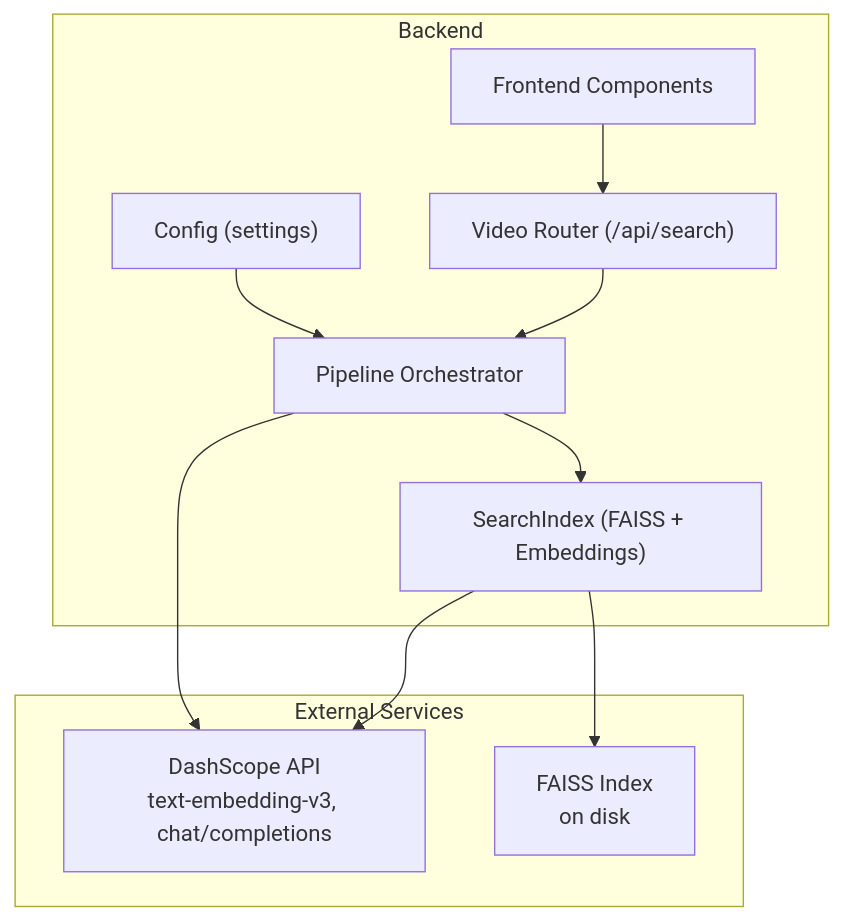
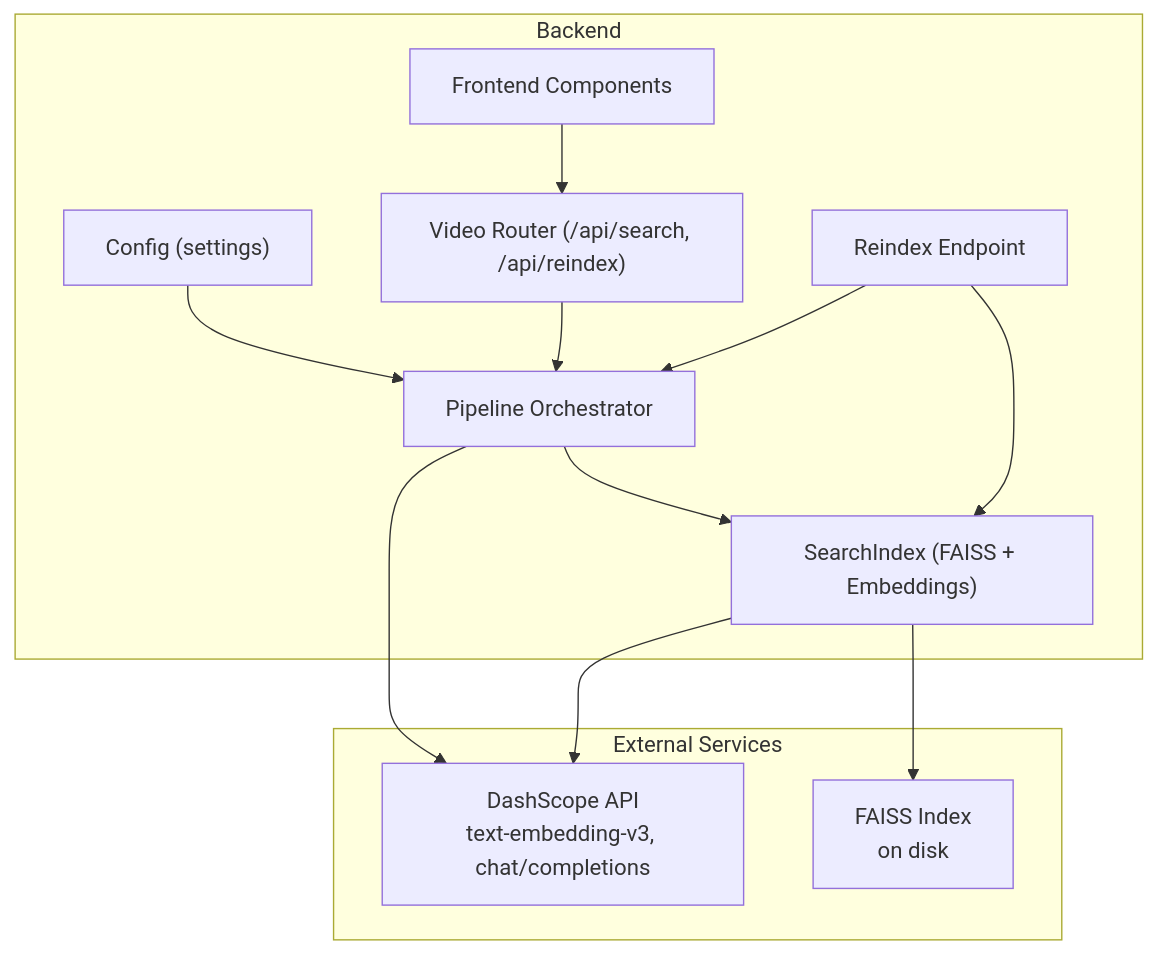
One commit to alexandreybasta-cyber/dubai-media-ai changed the first of 10 diagrams in .qoder/repowiki/en/content/Intelligent Search System.md. Above: the diagram before and after it, drawn with Mermaid. The commit also changed other lines of this file and 23 other files, not shown here.

````diff
--- a/.qoder/repowiki/en/content/Intelligent Search System.md
+++ b/.qoder/repowiki/en/content/Intelligent Search System.md
@@ -50,21 +53,24 @@
 ```mermaid
 graph TB
 subgraph "Backend"
 CFG["Config (settings)"]
 ORCH["Pipeline Orchestrator"]
 SI["SearchIndex (FAISS + Embeddings)"]
-RT["Video Router (/api/search)"]
+RT["Video Router (/api/search, /api/reindex)"]
 FR["Frontend Components"]
+ENDPT["Reindex Endpoint"]
 end
 subgraph "External Services"
 DS["DashScope API<br/>text-embedding-v3, chat/completions"]
 FAISS["FAISS Index<br/>on disk"]
 end
 CFG --> ORCH
 ORCH --> SI
 RT --> ORCH
 FR --> RT
 ORCH --> DS
 SI --> DS
 SI --> FAISS
+ENDPT --> ORCH
+ENDPT --> SI
 ```
````
